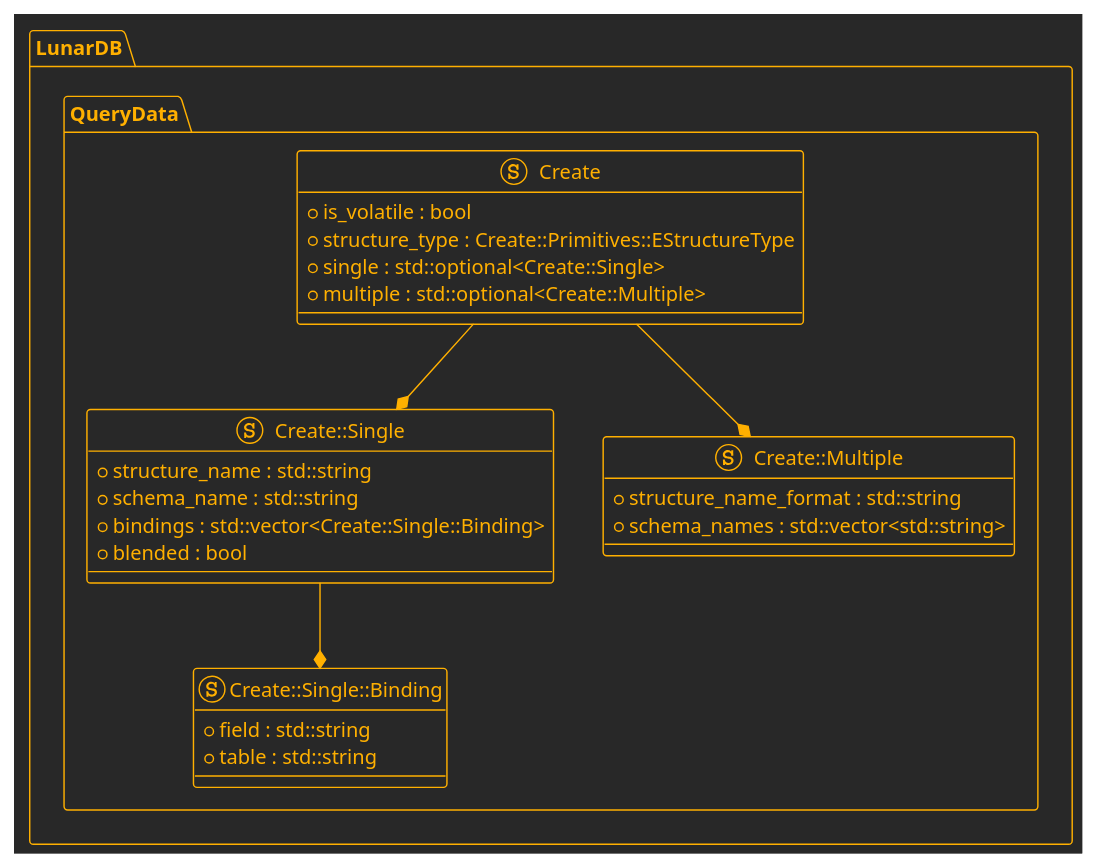
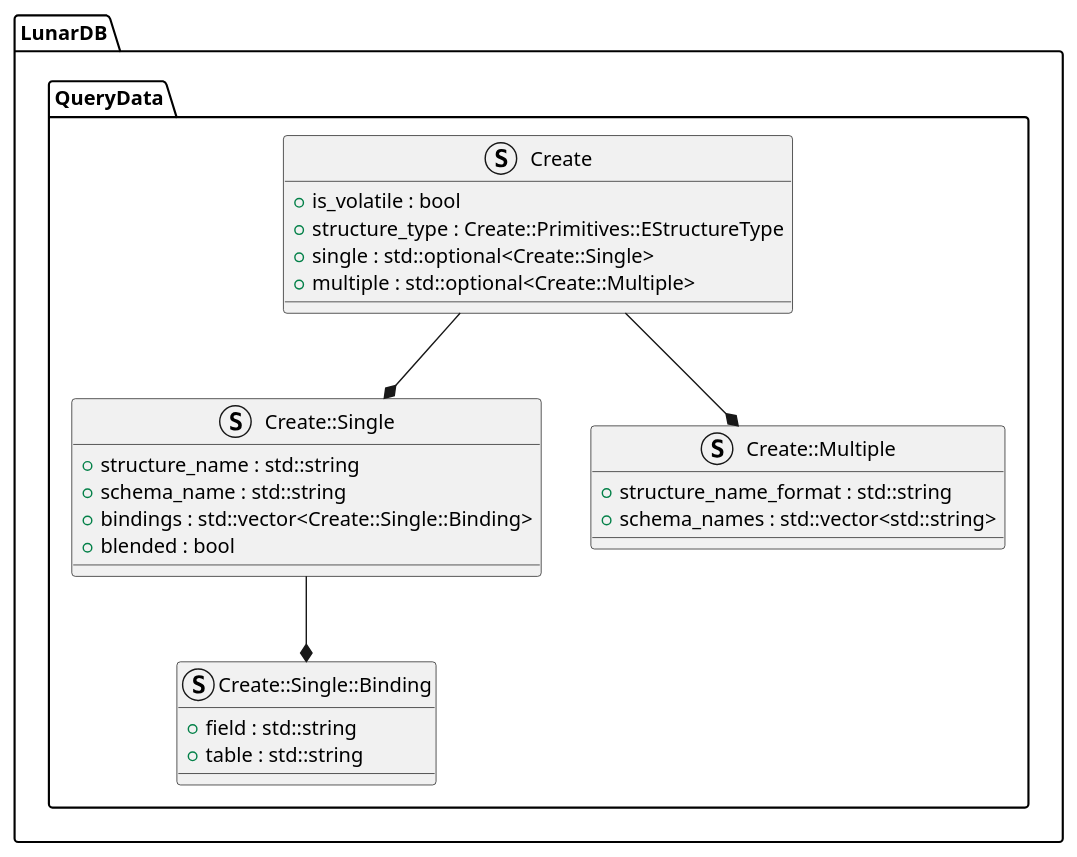
Before and after one commit to TheAncientOwl/lunardb: the diagram in docs/moonlight/QueryData/Create.puml, drawn with PlantUML. The commit also changed 28 other files, not shown here.

```diff
--- a/docs/moonlight/QueryData/Create.puml
+++ b/docs/moonlight/QueryData/Create.puml
@@ -1,36 +1,36 @@
 @startuml Create
-!theme crt-amber
+
 
 namespace LunarDB.QueryData {
 
 struct Create {
     + is_volatile : bool
     + structure_type : Create::Primitives::EStructureType
     + single : std::optional<Create::Single>
     + multiple : std::optional<Create::Multiple>
 }
 
 struct Create::Single {
     + structure_name : std::string
     + schema_name : std::string
     + bindings : std::vector<Create::Single::Binding>
     + blended : bool
 }
 
 struct Create::Multiple {
     + structure_name_format : std::string
     + schema_names : std::vector<std::string>
 }
 
 struct Create::Single::Binding {
     + field : std::string
     + table : std::string
 }
 
 Create --* Create::Single
 Create --* Create::Multiple
 Create::Single --* Create::Single::Binding 
 
 }
 
 @enduml
```
